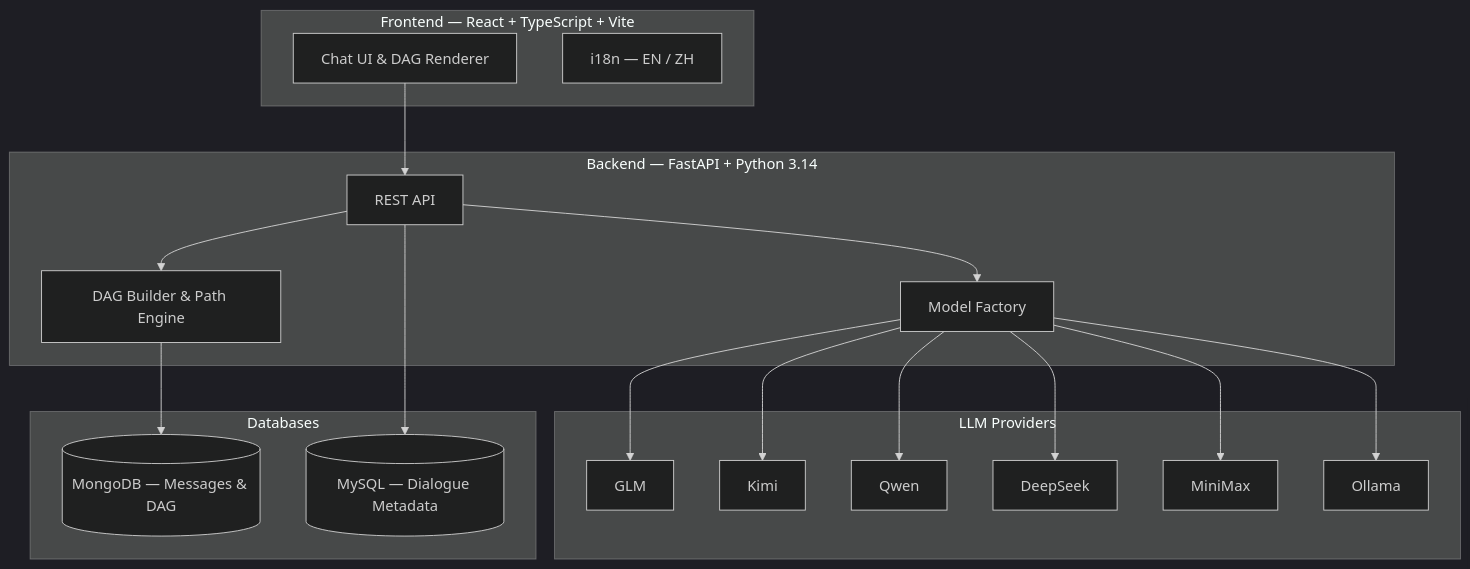
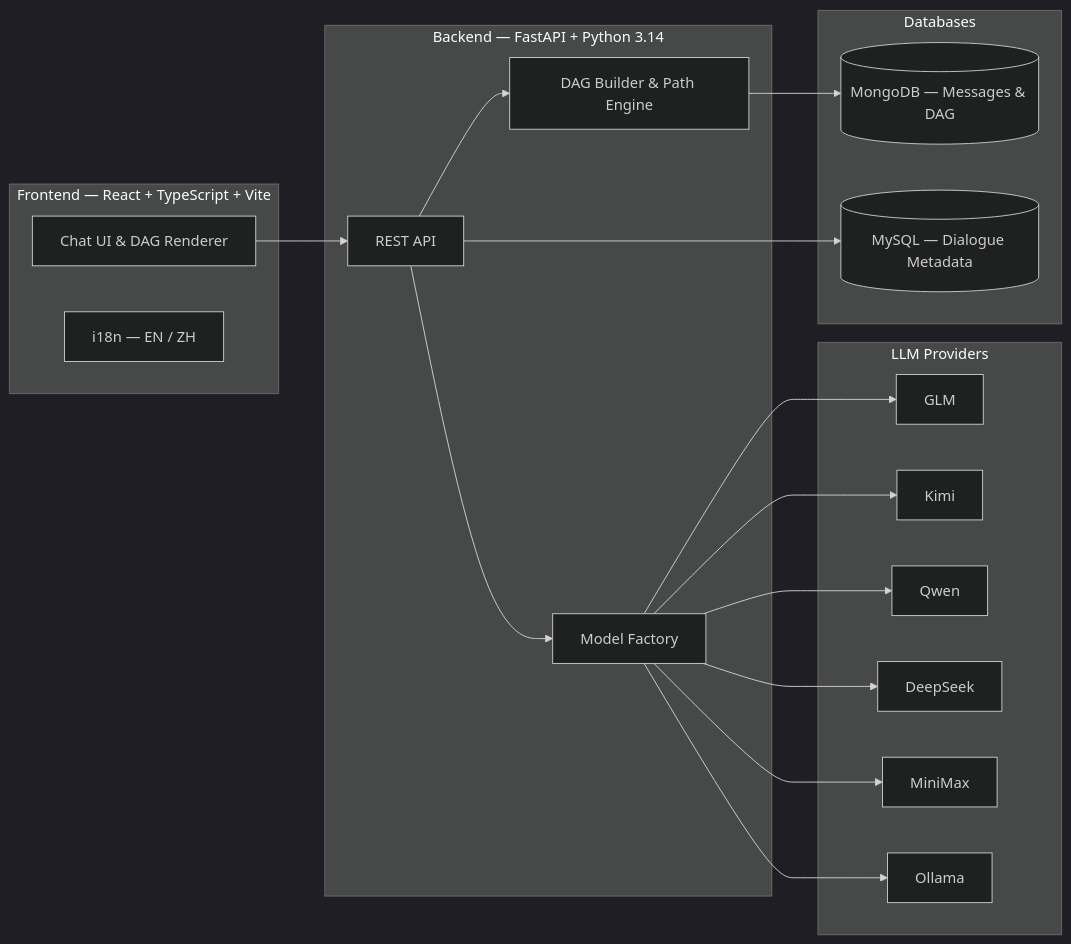
Before and after one commit to ZM-BAD/DAG-chat: the diagram in README.md, drawn with Mermaid (dark theme). The commit also changed other lines of this file and 6 other files, not shown here.

````diff
--- a/README.md
+++ b/README.md
@@ -58,25 +58,24 @@
 ```mermaid
-graph TB
+graph LR
     subgraph Frontend ["Frontend — React + TypeScript + Vite"]
         UI[Chat UI & DAG Renderer]
         i18n[i18n — EN / ZH]
     end
     subgraph Backend ["Backend — FastAPI + Python 3.14"]
         API[REST API]
         Factory[Model Factory]
         DAGLogic[DAG Builder & Path Engine]
     end
     subgraph LLM ["LLM Providers"]
         GLM & Kimi & Qwen & DS[DeepSeek] & MM[MiniMax] & Ollama
     end
     subgraph Storage ["Databases"]
         MongoDB[(MongoDB — Messages & DAG)]
         MySQL[(MySQL — Dialogue Metadata)]
     end
 
     UI --> API
-    API --> Factory
-    Factory --> GLM & Kimi & Qwen & DS & MM & Ollama
+    API --> Factory --> GLM & Kimi & Qwen & DS & MM & Ollama
     API --> DAGLogic --> MongoDB
     API --> MySQL
 ```
````
